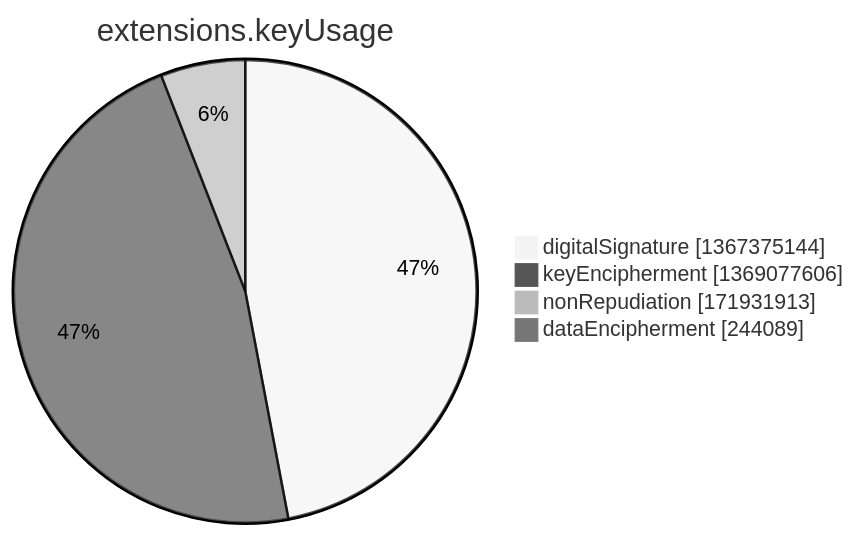
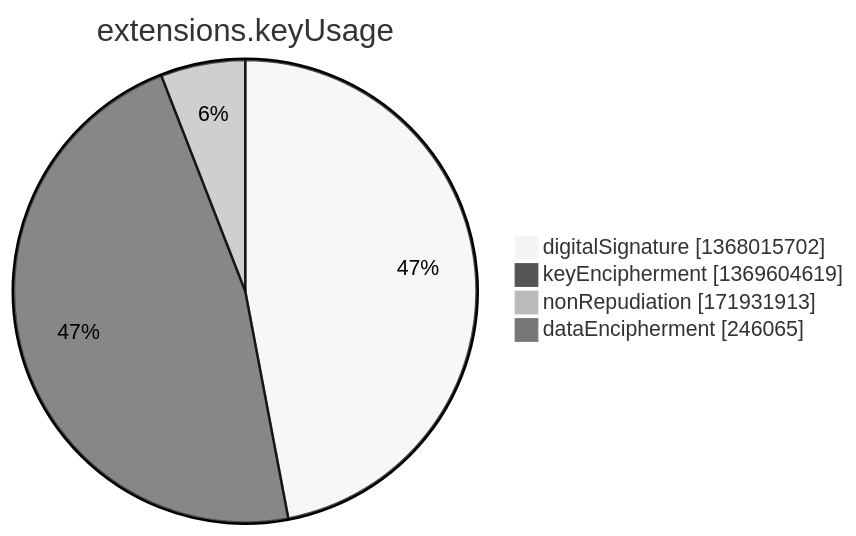
Before and after one commit to christiankrug/ctmonitor_visualization: the seventh of 15 diagrams in argon2022/README.md, drawn with Mermaid (neutral theme). The commit also changed other lines of this file, not shown here.

````diff
--- a/argon2022/README.md
+++ b/argon2022/README.md
@@ -2751,8 +2751,8 @@
 ```mermaid
 pie showData
 title extensions.keyUsage
-"digitalSignature" :1367375144
-"keyEncipherment" :1369077606
+"digitalSignature" :1368015702
+"keyEncipherment" :1369604619
 "nonRepudiation" :171931913
-"dataEncipherment" :244089
+"dataEncipherment" :246065
 ```
````
